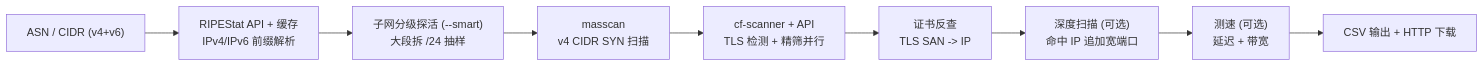
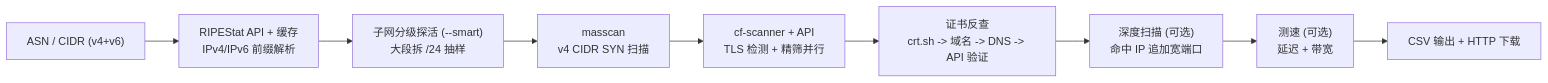
One commit to xiaoqian-1001/IP-Tidy changed the diagram in README.md. Above: the diagram before and after it, drawn with Mermaid. The commit also changed other lines of this file and 1 other file, not shown here.

Commit message:
release: v2.0.3, 证书反查改用 crt.sh Co-authored-by: monkeycode-ai <monkeycode-ai@chaitin.com>

````diff
--- a/README.md
+++ b/README.md
@@ -134,11 +134,11 @@
 ```mermaid
 graph LR
     A["ASN / CIDR (v4+v6)"] --> B["RIPEStat API + 缓存<br/>IPv4/IPv6 前缀解析"]
     B --> C["子网分级探活 (--smart)<br/>大段拆 /24 抽样"]
     C --> D["masscan<br/>v4 CIDR SYN 扫描"]
     D --> E["cf-scanner + API<br/>TLS 检测 + 精筛并行"]
-    E --> F["证书反查<br/>TLS SAN -> IP"]
+    E --> F["证书反查<br/>crt.sh -> 域名 -> DNS -> API 验证"]
     F --> G["深度扫描 (可选)<br/>命中 IP 追加宽端口"]
     G --> H["测速 (可选)<br/>延迟 + 带宽"]
     H --> I["CSV 输出 + HTTP 下载"]
 ```
````
